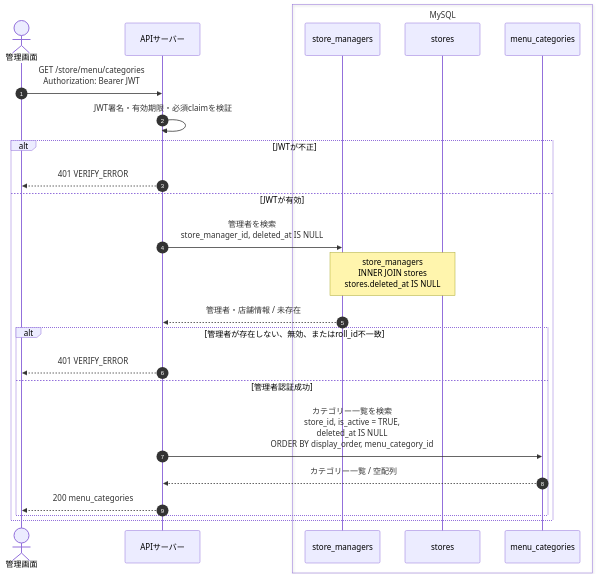
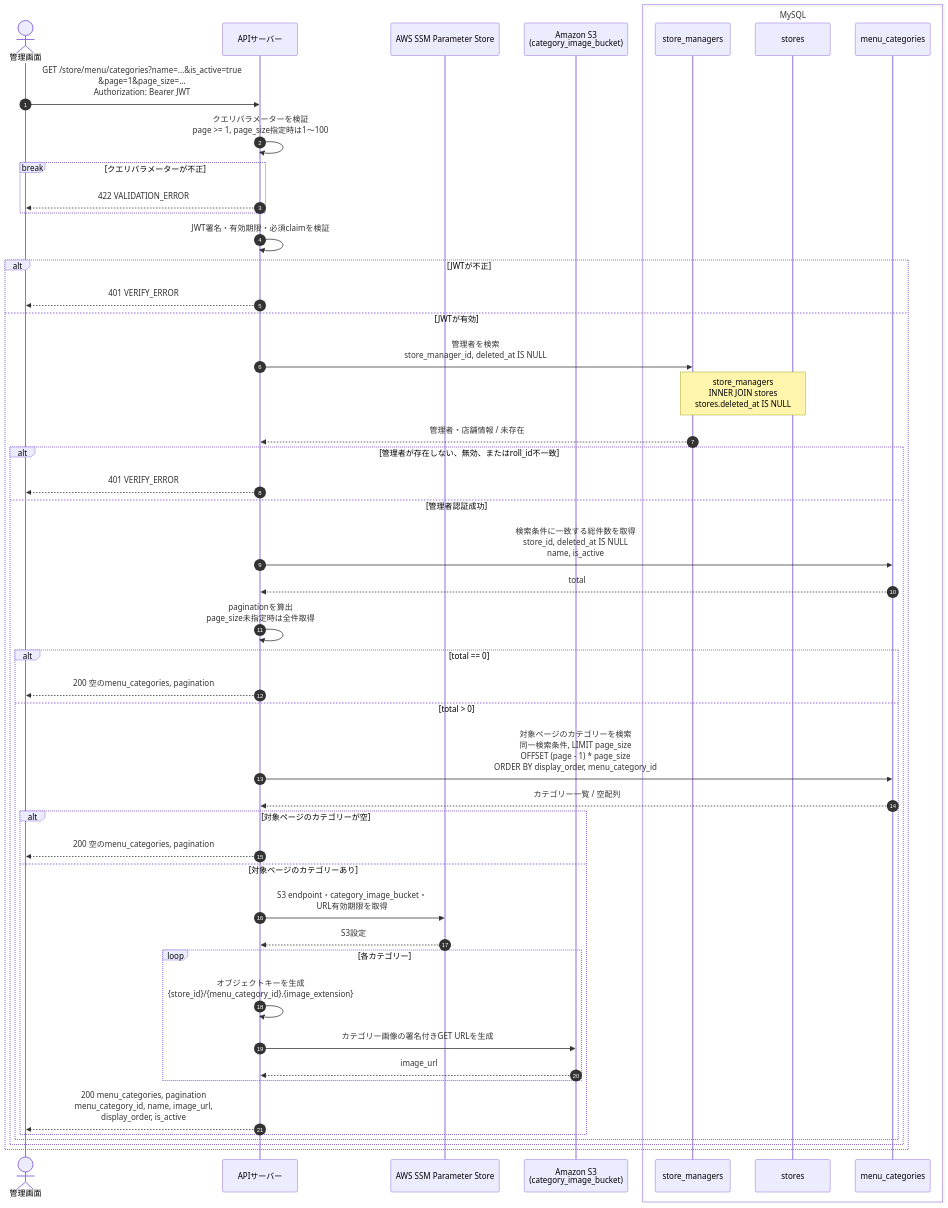
One commit to terao06/teraid-pay-api changed the first of 4 diagrams in docs/sequences/管理者用API/メニュー管理.md. Above: the diagram before and after it, drawn with Mermaid. The commit also changed other lines of this file and 11 other files, not shown here.

````diff
--- a/docs/sequences/管理者用API/メニュー管理.md
+++ b/docs/sequences/管理者用API/メニュー管理.md
@@ -51,31 +65,58 @@
 ```mermaid
 sequenceDiagram
     autonumber
     actor Client as 管理画面
     participant Server as APIサーバー
+    participant SSM as AWS SSM Parameter Store
+    participant S3 as Amazon S3<br/>(category_image_bucket)
 
     box MySQL
         participant StoreManagers as store_managers
         participant Stores as stores
         participant MenuCategories as menu_categories
     end
 
-    Client->>Server: GET /store/menu/categories<br/>Authorization: Bearer JWT
+    Client->>Server: GET /store/menu/categories?name=...&is_active=true<br/>&page=1&page_size=...<br/>Authorization: Bearer JWT
+    Server->>Server: クエリパラメーターを検証<br/>page >= 1, page_size指定時は1〜100
+    break クエリパラメーターが不正
+        Server-->>Client: 422 VALIDATION_ERROR
+    end
     Server->>Server: JWT署名・有効期限・必須claimを検証
 
     alt JWTが不正
         Server-->>Client: 401 VERIFY_ERROR
     else JWTが有効
         Server->>StoreManagers: 管理者を検索<br/>store_manager_id, deleted_at IS NULL
         Note over StoreManagers,Stores: store_managers<br/>INNER JOIN stores<br/>stores.deleted_at IS NULL
         StoreManagers-->>Server: 管理者・店舗情報 / 未存在
 
         alt 管理者が存在しない、無効、またはroll_id不一致
             Server-->>Client: 401 VERIFY_ERROR
         else 管理者認証成功
-            Server->>MenuCategories: カテゴリー一覧を検索<br/>store_id, is_active = TRUE,<br/>deleted_at IS NULL<br/>ORDER BY display_order, menu_category_id
-            MenuCategories-->>Server: カテゴリー一覧 / 空配列
-            Server-->>Client: 200 menu_categories
+            Server->>MenuCategories: 検索条件に一致する総件数を取得<br/>store_id, deleted_at IS NULL<br/>name, is_active
+            MenuCategories-->>Server: total
+            Server->>Server: paginationを算出<br/>page_size未指定時は全件取得
+
+            alt total == 0
+                Server-->>Client: 200 空のmenu_categories, pagination
+            else total > 0
+                Server->>MenuCategories: 対象ページのカテゴリーを検索<br/>同一検索条件, LIMIT page_size<br/>OFFSET (page - 1) * page_size<br/>ORDER BY display_order, menu_category_id
+                MenuCategories-->>Server: カテゴリー一覧 / 空配列
+
+                alt 対象ページのカテゴリーが空
+                    Server-->>Client: 200 空のmenu_categories, pagination
+                else 対象ページのカテゴリーあり
+                    Server->>SSM: S3 endpoint・category_image_bucket・<br/>URL有効期限を取得
+                    SSM-->>Server: S3設定
+
+                    loop 各カテゴリー
+                        Server->>Server: オブジェクトキーを生成<br/>{store_id}/{menu_category_id}.{image_extension}
+                        Server->>S3: カテゴリー画像の署名付きGET URLを生成
+                        S3-->>Server: image_url
+                    end
+                    Server-->>Client: 200 menu_categories, pagination<br/>menu_category_id, name, image_url,<br/>display_order, is_active
+                end
+            end
         end
     end
 ```
````
